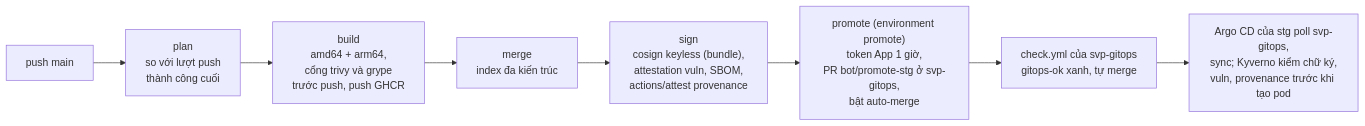
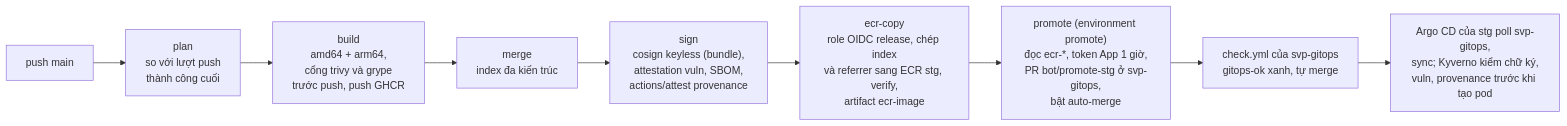
Before and after one commit to anhnvcoder/svp-backend: the second of 5 diagrams in docs/ci-cd.md, drawn with Mermaid. The commit also changed other lines of this file and 26 other files, not shown here.

First line of the commit message:
feat: copy releases to ECR in CI and document the managed platform

````diff
--- a/docs/ci-cd.md
+++ b/docs/ci-cd.md
@@ -72,12 +72,13 @@
 ```mermaid
 flowchart LR
     push["push main"]
     plan["plan<br/>so với lượt push<br/>thành công cuối"]
     build["build<br/>amd64 + arm64,<br/>cổng trivy và grype<br/>trước push, push GHCR"]
     merge["merge<br/>index đa kiến trúc"]
     sign["sign<br/>cosign keyless (bundle),<br/>attestation vuln, SBOM,<br/>actions/attest provenance"]
-    promote["promote (environment promote)<br/>token App 1 giờ,<br/>PR bot/promote-stg ở svp-gitops,<br/>bật auto-merge"]
+    ecr["ecr-copy<br/>role OIDC release, chép index<br/>và referrer sang ECR stg, verify,<br/>artifact ecr-image"]
+    promote["promote (environment promote)<br/>đọc ecr-*, token App 1 giờ,<br/>PR bot/promote-stg ở svp-gitops,<br/>bật auto-merge"]
     review["check.yml của svp-gitops<br/>gitops-ok xanh, tự merge"]
     argo["Argo CD của stg poll svp-gitops,<br/>sync; Kyverno kiểm chữ ký,<br/>vuln, provenance trước khi tạo pod"]
-    push --> plan --> build --> merge --> sign --> promote --> review --> argo
+    push --> plan --> build --> merge --> sign --> ecr --> promote --> review --> argo
 ```
````
